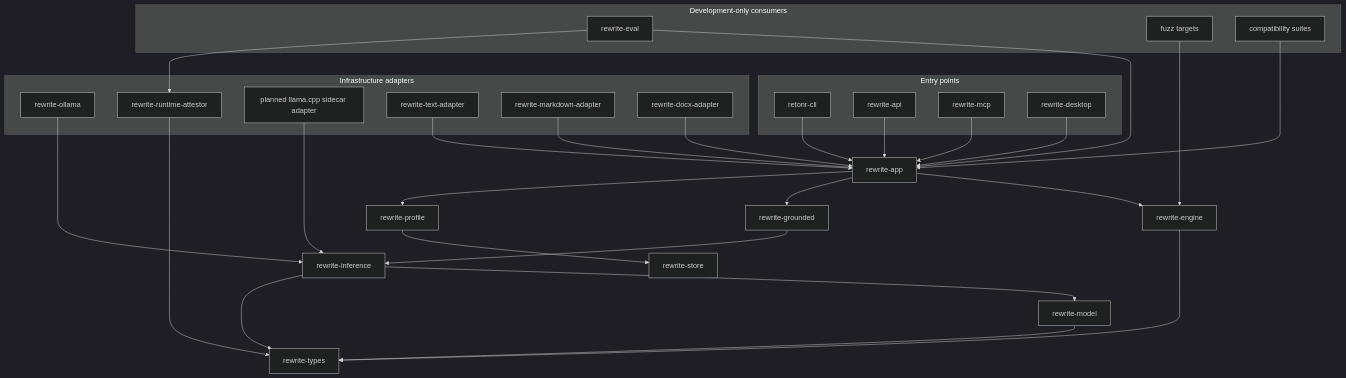
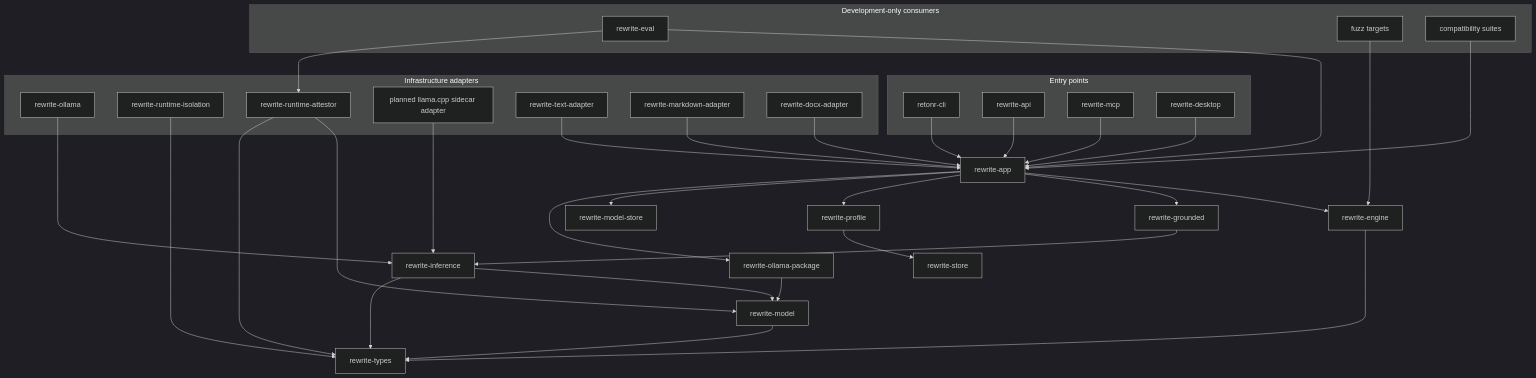
Before and after one commit to blisspixel/retonr: the second of 3 diagrams in docs/architecture.md, drawn with Mermaid (dark theme). The commit also changed other lines of this file and 222 other files, not shown here.

````diff
--- a/docs/architecture.md
+++ b/docs/architecture.md
@@ -48,45 +48,51 @@
 ```mermaid
 flowchart TD
     subgraph Entry["Entry points"]
         CLI["retonr-cli"]
         API["rewrite-api"]
         MCP["rewrite-mcp"]
         Desktop["rewrite-desktop"]
     end
     CLI --> App["rewrite-app"]
     API --> App
     MCP --> App
     Desktop --> App
     App --> Engine["rewrite-engine"]
     App --> Grounded["rewrite-grounded"]
     App --> Profile["rewrite-profile"]
+    App --> ModelStore["rewrite-model-store"]
+    App --> OllamaPackage["rewrite-ollama-package"]
     Grounded --> Inference["rewrite-inference"]
     Profile --> Store["rewrite-store"]
     Engine --> Types["rewrite-types"]
     Inference --> Model["rewrite-model"]
     Model --> Types
     Inference --> Types
     subgraph Infrastructure["Infrastructure adapters"]
         Ollama["rewrite-ollama"]
+        Isolation["rewrite-runtime-isolation"]
         RuntimeAttestor["rewrite-runtime-attestor"]
         Llama["planned llama.cpp sidecar adapter"]
         Text["rewrite-text-adapter"]
         Markdown["rewrite-markdown-adapter"]
         Docx["rewrite-docx-adapter"]
     end
     Ollama --> Inference
+    OllamaPackage --> Model
+    Isolation --> Types
+    RuntimeAttestor --> Model
     RuntimeAttestor --> Types
     Llama --> Inference
     Text --> App
     Markdown --> App
     Docx --> App
     subgraph Development["Development-only consumers"]
         Eval["rewrite-eval"]
         Fuzz["fuzz targets"]
         Compat["compatibility suites"]
     end
     Eval --> App
     Eval --> RuntimeAttestor
     Fuzz --> Engine
     Compat --> App
 ```
````
